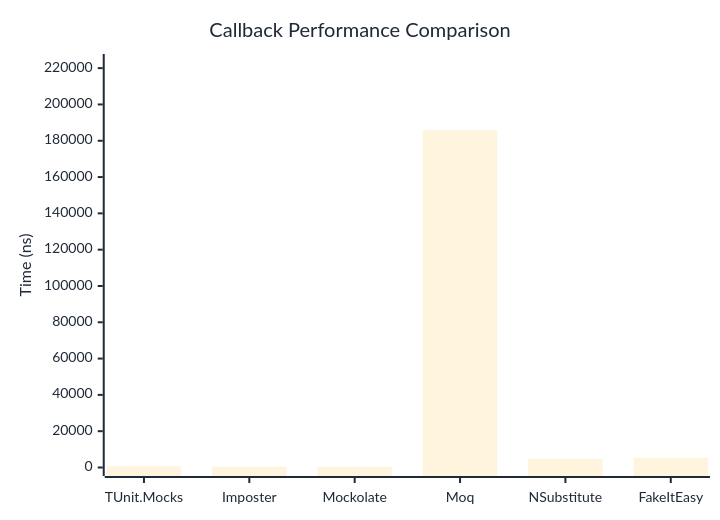
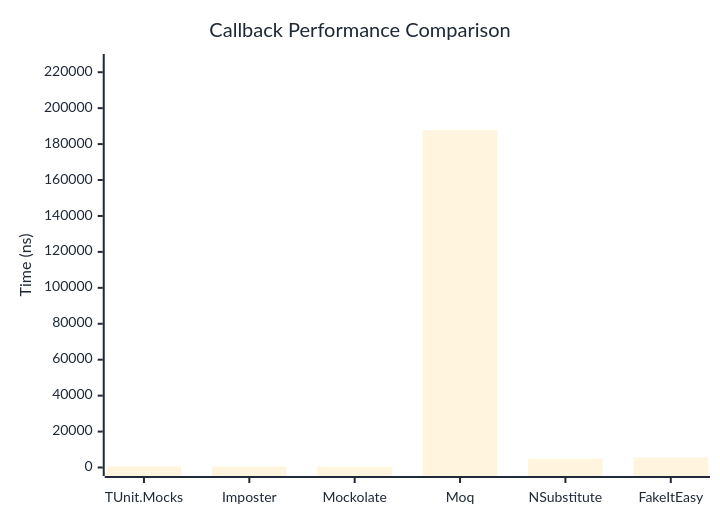
One commit to thomhurst/TUnit changed the first of 2 diagrams in docs/docs/benchmarks/mocks/Callback.md. Above: the diagram before and after it, drawn with Mermaid. The commit also changed other lines of this file and 14 other files, not shown here.

````diff
--- a/docs/docs/benchmarks/mocks/Callback.md
+++ b/docs/docs/benchmarks/mocks/Callback.md
@@ -30,27 +30,27 @@
 ```mermaid
 %%{init: {
   'theme':'base',
   'themeVariables': {
     'primaryColor': '#2563eb',
     'primaryTextColor': '#1f2937',
     'primaryBorderColor': '#1e40af',
     'lineColor': '#6b7280',
     'secondaryColor': '#7c3aed',
     'tertiaryColor': '#dc2626',
     'background': '#ffffff',
     'pie1': '#2563eb',
     'pie2': '#7c3aed',
     'pie3': '#dc2626',
     'pie4': '#f59e0b',
     'pie5': '#10b981',
     'pie6': '#06b6d4',
     'pie7': '#ec4899',
     'pie8': '#6366f1'
   }
 }}%%
 xychart-beta
   title "Callback Performance Comparison"
   x-axis ["TUnit.Mocks", "Imposter", "Mockolate", "Moq", "NSubstitute", "FakeItEasy"]
-  y-axis "Time (ns)" 0 --> 223112
-  bar [711.5, 500.4, 365.8, 185926.6, 4773.6, 5380.3]
+  y-axis "Time (ns)" 0 --> 225414
+  bar [700.9, 525.5, 394, 187844.8, 4912.4, 5626.2]
 ```
````
